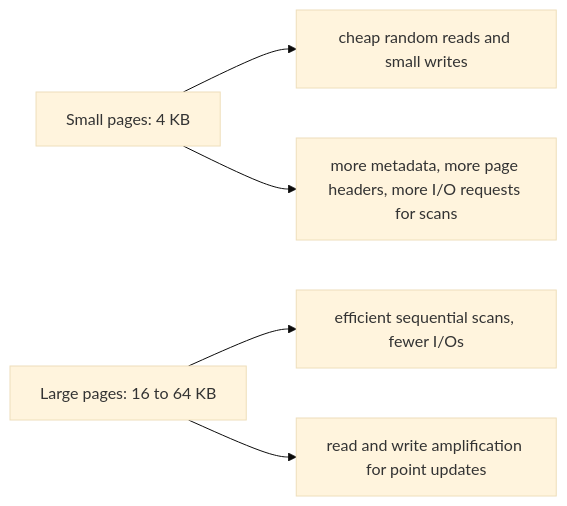
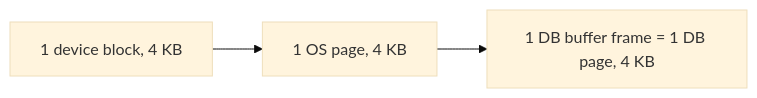
One commit to a-ZINC/Cherno-CPP-Notes changed the third of 7 diagrams in docs/en/Db/3_module/3.1_disk_oriented_architecture.md. Above: the diagram before and after it, drawn with Mermaid (base theme). The commit also changed other lines of this file, not shown here.

````diff
--- a/docs/en/Db/3_module/3.1_disk_oriented_architecture.md
+++ b/docs/en/Db/3_module/3.1_disk_oriented_architecture.md
@@ -178,7 +100,4 @@
 ```mermaid
 flowchart LR
-    SMALL["Small pages: 4 KB"] --> S1["cheap random reads and small writes"]
-    SMALL --> S2["more metadata, more page headers, more I/O requests for scans"]
-    LARGE["Large pages: 16 to 64 KB"] --> L1["efficient sequential scans, fewer I/Os"]
-    LARGE --> L2["read and write amplification for point updates"]
+    DISKB["1 device block, 4 KB"] --> OSP["1 OS page, 4 KB"] --> DBF["1 DB buffer frame = 1 DB page, 4 KB"]
 ```
````
